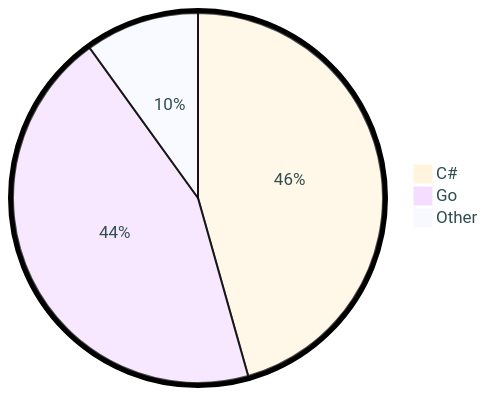
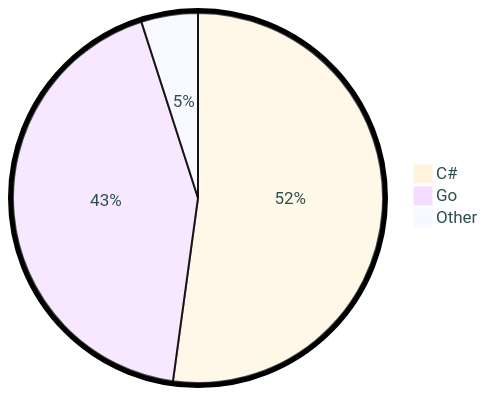
One commit to tot0p/tot0p changed the diagram in README.md. Above: the diagram before and after it, drawn with Mermaid. The commit also changed other lines of this file, not shown here.

````diff
--- a/README.md
+++ b/README.md
@@ -78,7 +73,7 @@
 ```mermaid
 %%{init: {"pie": {"textPosition": 0.5}, "themeVariables": {"pieOuterStrokeWidth": "5px","primaryTextColor" : "#2F4F4F"},"theme":"base"} }%%
 pie
-	"C#": 45.63
-	"Go": 44.43
-	"Other": 9.95
+	"C#": 52.17
+	"Go": 42.89
+	"Other": 4.95
 ```
````
